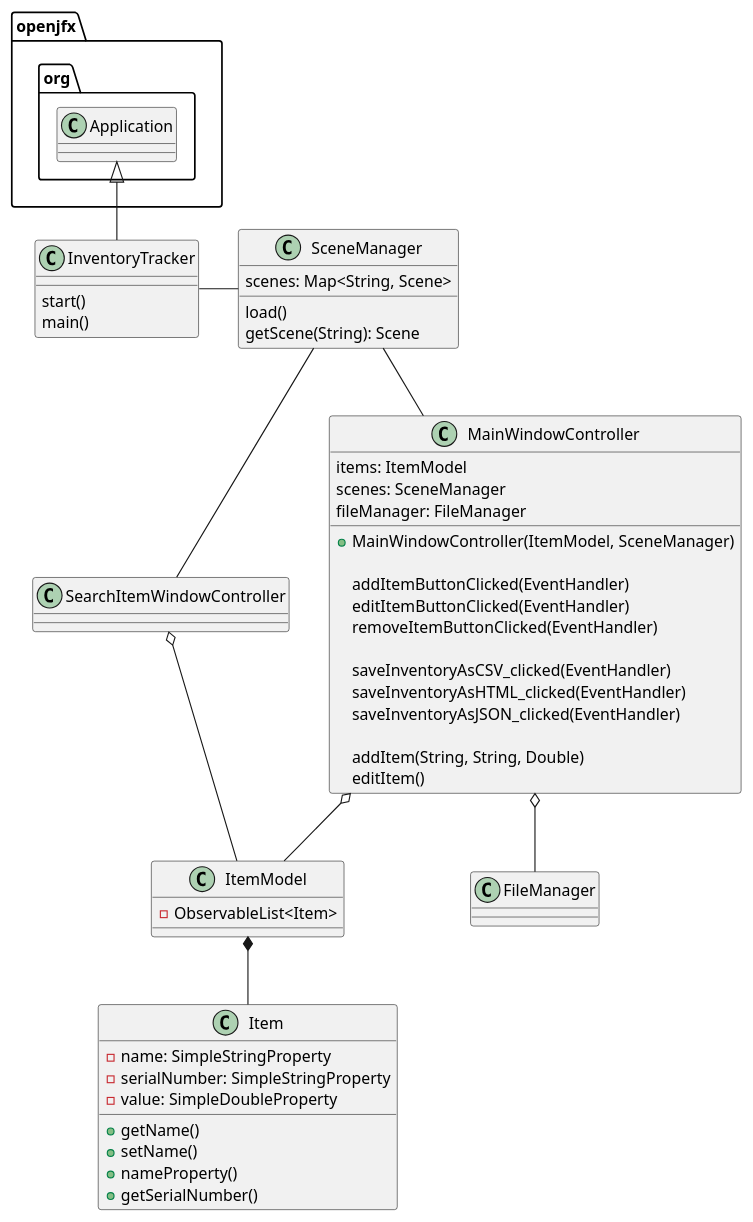
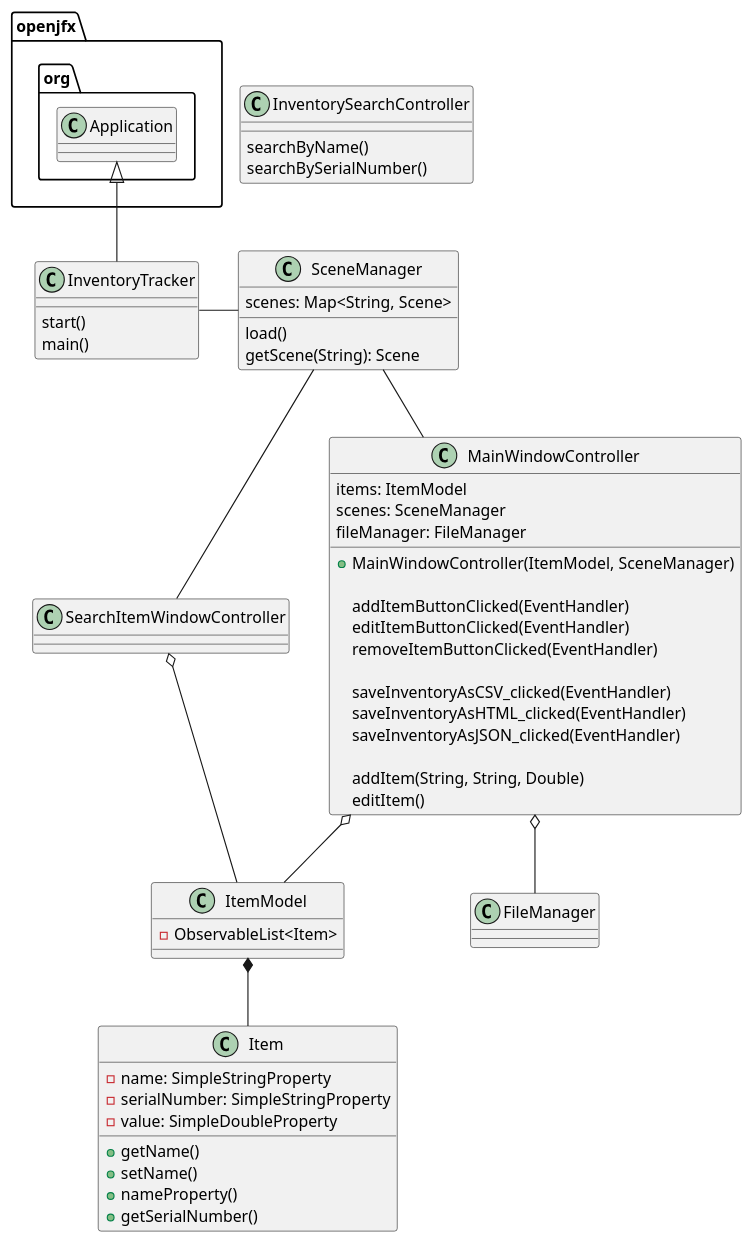
Before and after one commit to mbnic/milescubrahmbhatt-4073-a5: the diagram in uml/exercise56.puml, drawn with PlantUML. The commit also changed 6 other files, not shown here.

```diff
--- a/uml/exercise56.puml
+++ b/uml/exercise56.puml
@@ -1,70 +1,72 @@
 @startuml
 'https://plantuml.com/class-diagram
 
 class InventoryTracker {
     start()
     main()
 }
 
 class SceneManager {
     scenes: Map<String, Scene>
 
     load()
     getScene(String): Scene
 }
 
 class MainWindowController {
     items: ItemModel
     scenes: SceneManager
     fileManager: FileManager
 
     + MainWindowController(ItemModel, SceneManager)
 
     addItemButtonClicked(EventHandler)
     editItemButtonClicked(EventHandler)
     removeItemButtonClicked(EventHandler)
 
     saveInventoryAsCSV_clicked(EventHandler)
     saveInventoryAsHTML_clicked(EventHandler)
     saveInventoryAsJSON_clicked(EventHandler)
 
     addItem(String, String, Double)
     editItem()
 
 
 }
 
 
-class SearchItemWindowController {
+class InventorySearchController {
+    searchByName()
+    searchBySerialNumber()
 }
 
 class ItemModel {
     - ObservableList<Item>
 }
 
 class Item {
     - name: SimpleStringProperty
     - serialNumber: SimpleStringProperty
     - value: SimpleDoubleProperty
 
     + getName()
     + setName()
     + nameProperty()
     + getSerialNumber()
 
 }
 
 openjfx.org.Application <|-- InventoryTracker
 InventoryTracker - SceneManager
 SceneManager -- MainWindowController
 SceneManager -- SearchItemWindowController
 MainWindowController o-- ItemModel
 MainWindowController o-- FileManager
 
 SearchItemWindowController o-- ItemModel
 ItemModel *-- Item
 
 
 
 
 @enduml
```
